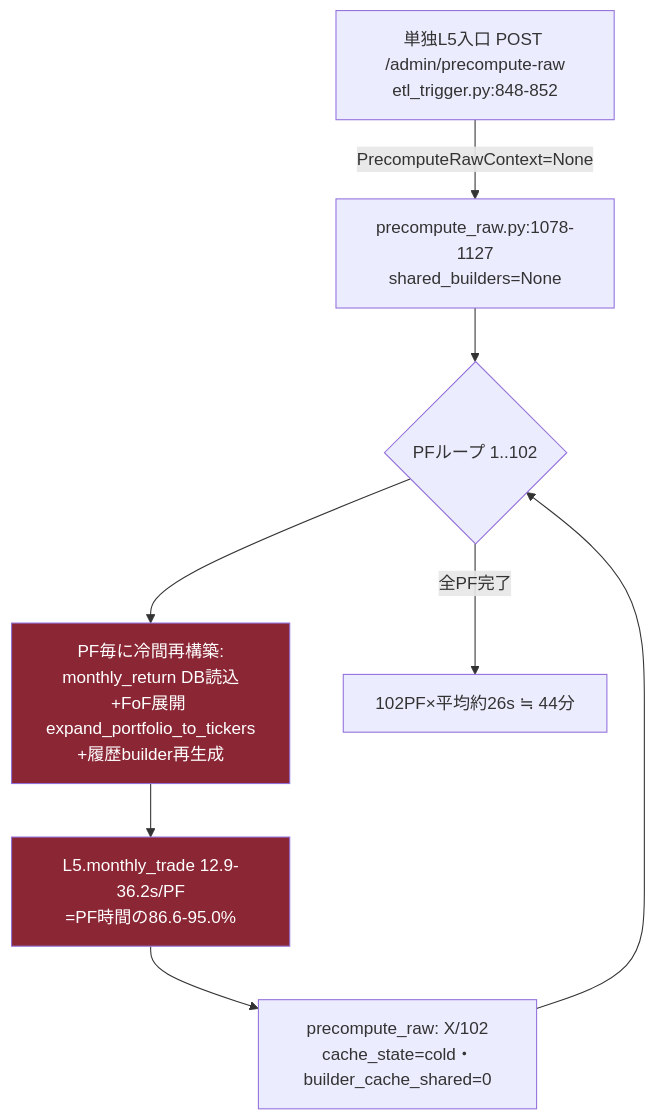
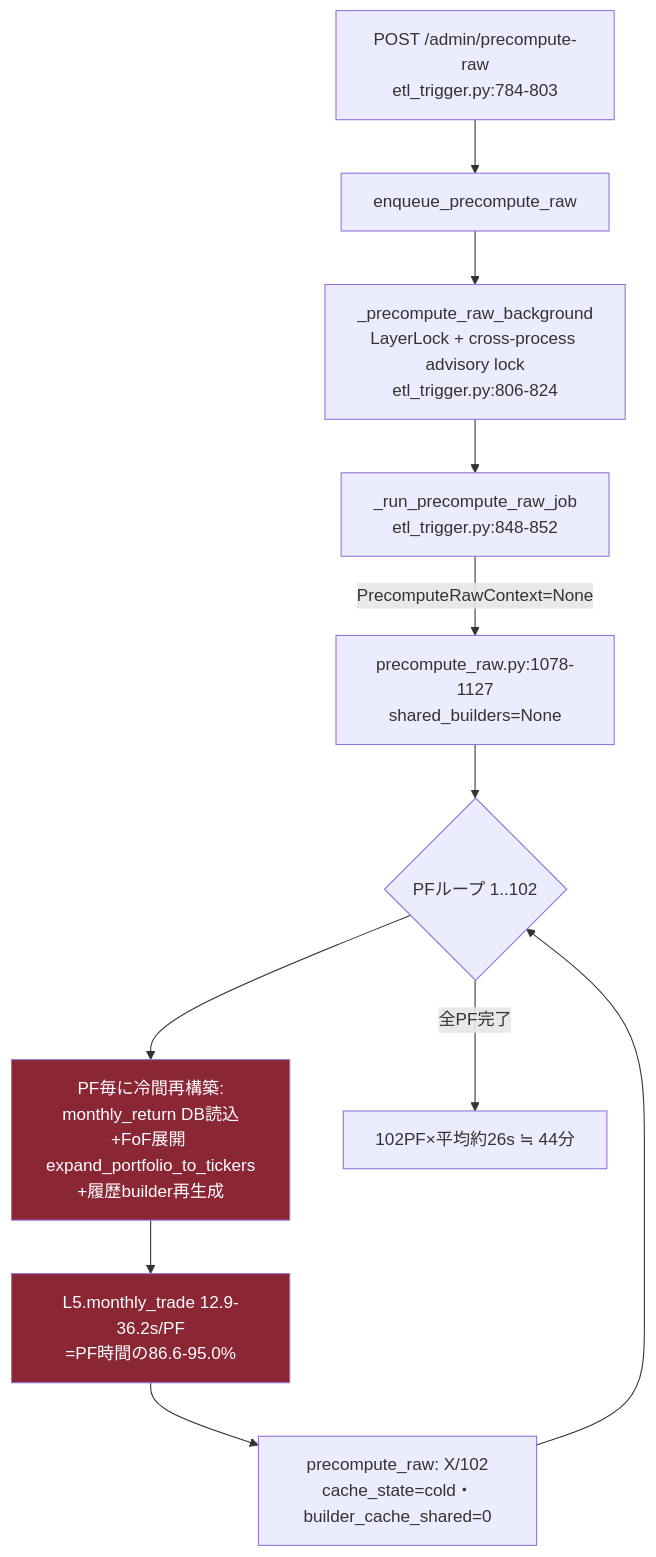
The first of 4 diagrams in docs/research/dm-production-recovery-v3_20260813.md (simokitafresh/multi-agent-shogun), drawn with Mermaid before and after one commit. The commit also changed other lines of this file, not shown here.

Commit message:
docs: align recovery v3.1 flows with production code

````diff
--- a/docs/research/dm-production-recovery-v3_20260813.md
+++ b/docs/research/dm-production-recovery-v3_20260813.md
@@ -37,12 +37,15 @@
 ```mermaid
 flowchart TD
-    A["単独L5入口 POST /admin/precompute-raw<br/>etl_trigger.py:848-852"] -->|"PrecomputeRawContext=None"| B["precompute_raw.py:1078-1127<br/>shared_builders=None"]
+    A["POST /admin/precompute-raw<br/>etl_trigger.py:784-803"] --> Q["enqueue_precompute_raw"]
+    Q --> L["_precompute_raw_background<br/>LayerLock + cross-process advisory lock<br/>etl_trigger.py:806-824"]
+    L --> W["_run_precompute_raw_job<br/>etl_trigger.py:848-852"]
+    W -->|"PrecomputeRawContext=None"| B["precompute_raw.py:1078-1127<br/>shared_builders=None"]
     B --> C{"PFループ 1..102"}
     C --> D["PF毎に冷間再構築:<br/>monthly_return DB読込<br/>+FoF展開 expand_portfolio_to_tickers<br/>+履歴builder再生成"]
     D --> E["L5.monthly_trade 12.9-36.2s/PF<br/>=PF時間の86.6-95.0%"]
     E --> F["precompute_raw: X/102<br/>cache_state=cold・builder_cache_shared=0"]
     F --> C
     C -->|全PF完了| G["102PF×平均約26s ≒ 44分"]
     style D fill:#8b2635,color:#fff
     style E fill:#8b2635,color:#fff
 ```
````
